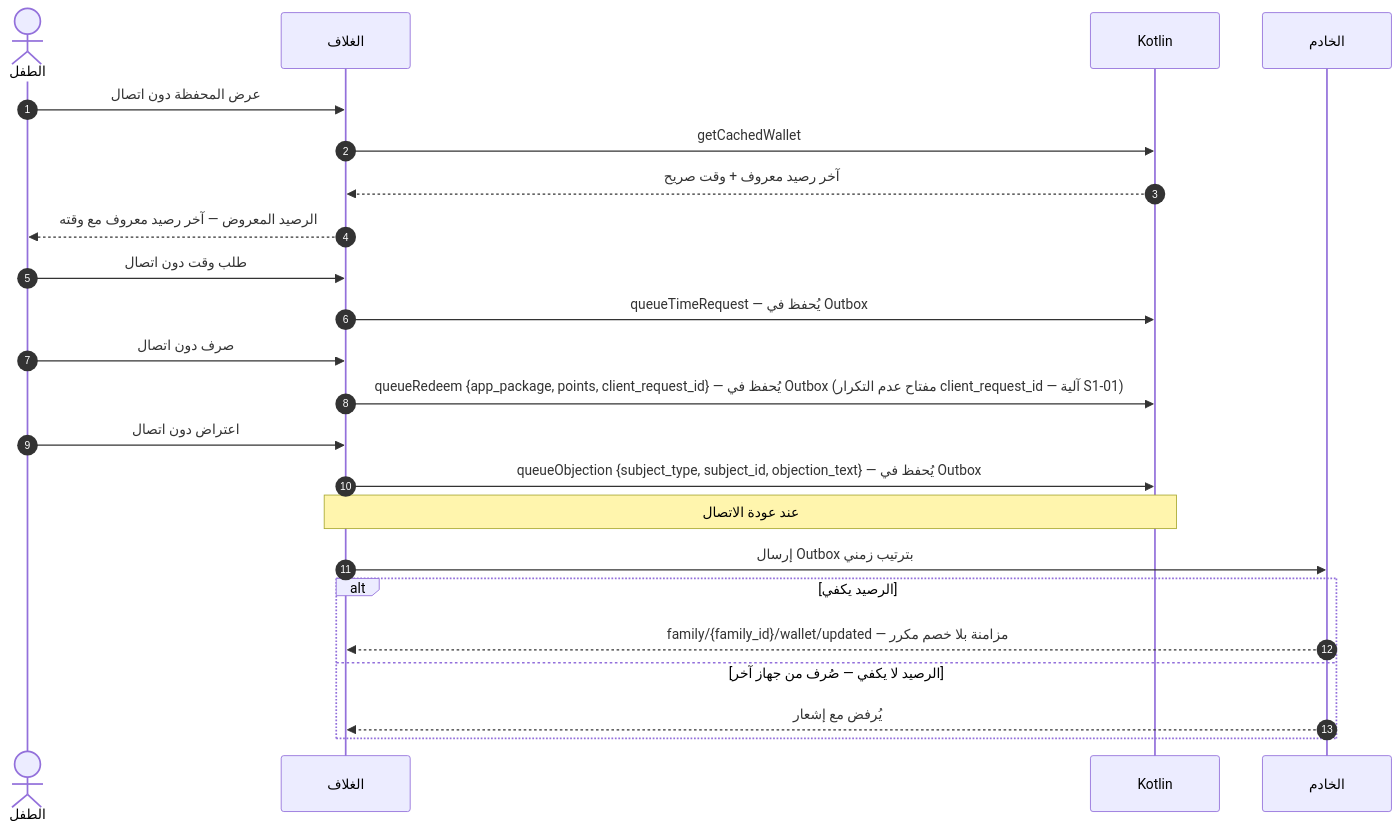
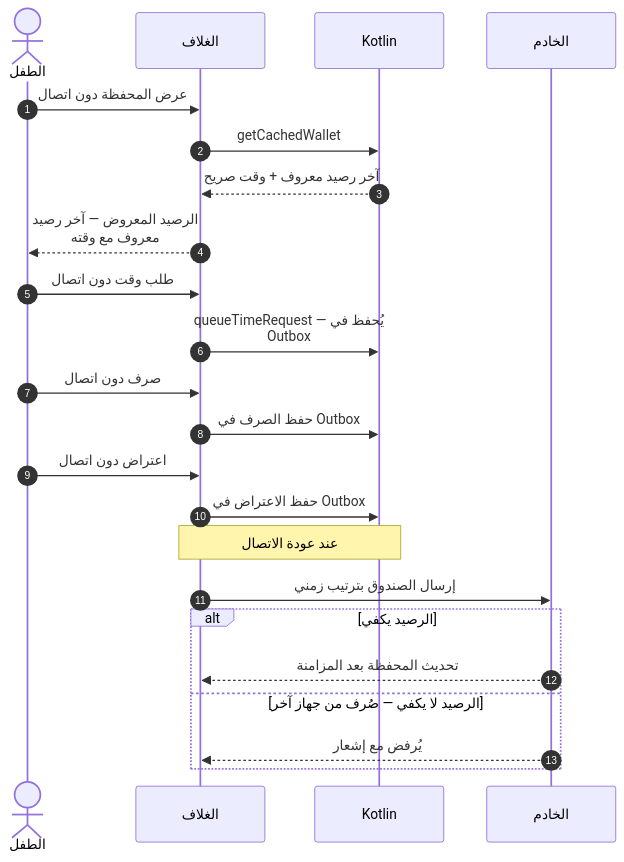
The tenth of 26 diagrams in docs/family-os/governance/phases/phase-1/S1-05-rewards-children/DIAGRAMS.md (Bassam-mohammed-alqaeadi/family-os-v2), drawn with Mermaid before and after one commit. The commit also changed other lines of this file, not shown here.

````diff
--- a/docs/family-os/governance/phases/phase-1/S1-05-rewards-children/DIAGRAMS.md
+++ b/docs/family-os/governance/phases/phase-1/S1-05-rewards-children/DIAGRAMS.md
@@ -409,25 +472,26 @@
 ```mermaid
+%%{init: {"sequence": {"wrap": true}}}%%
 sequenceDiagram
     autonumber
     actor Child as الطفل
     participant Shell as الغلاف
     participant K as Kotlin
     participant Ktor as الخادم
     Child->>Shell: عرض المحفظة دون اتصال
     Shell->>K: getCachedWallet
     K-->>Shell: آخر رصيد معروف + وقت صريح
     Shell-->>Child: الرصيد المعروض — آخر رصيد معروف مع وقته
     Child->>Shell: طلب وقت دون اتصال
     Shell->>K: queueTimeRequest — يُحفظ في Outbox
     Child->>Shell: صرف دون اتصال
-    Shell->>K: queueRedeem {app_package, points, client_request_id} — يُحفظ في Outbox (مفتاح عدم التكرار client_request_id — آلية S1-01)
+    Shell->>K: حفظ الصرف في Outbox
     Child->>Shell: اعتراض دون اتصال
-    Shell->>K: queueObjection {subject_type, subject_id, objection_text} — يُحفظ في Outbox
+    Shell->>K: حفظ الاعتراض في Outbox
     Note over Shell,K: عند عودة الاتصال
-    Shell->>Ktor: إرسال Outbox بترتيب زمني
+    Shell->>Ktor: إرسال الصندوق بترتيب زمني
     alt الرصيد يكفي
-        Ktor-->>Shell: family/{family_id}/wallet/updated — مزامنة بلا خصم مكرر
+        Ktor-->>Shell: تحديث المحفظة بعد المزامنة
     else الرصيد لا يكفي — صُرف من جهاز آخر
         Ktor-->>Shell: يُرفض مع إشعار
     end
 ```
````
